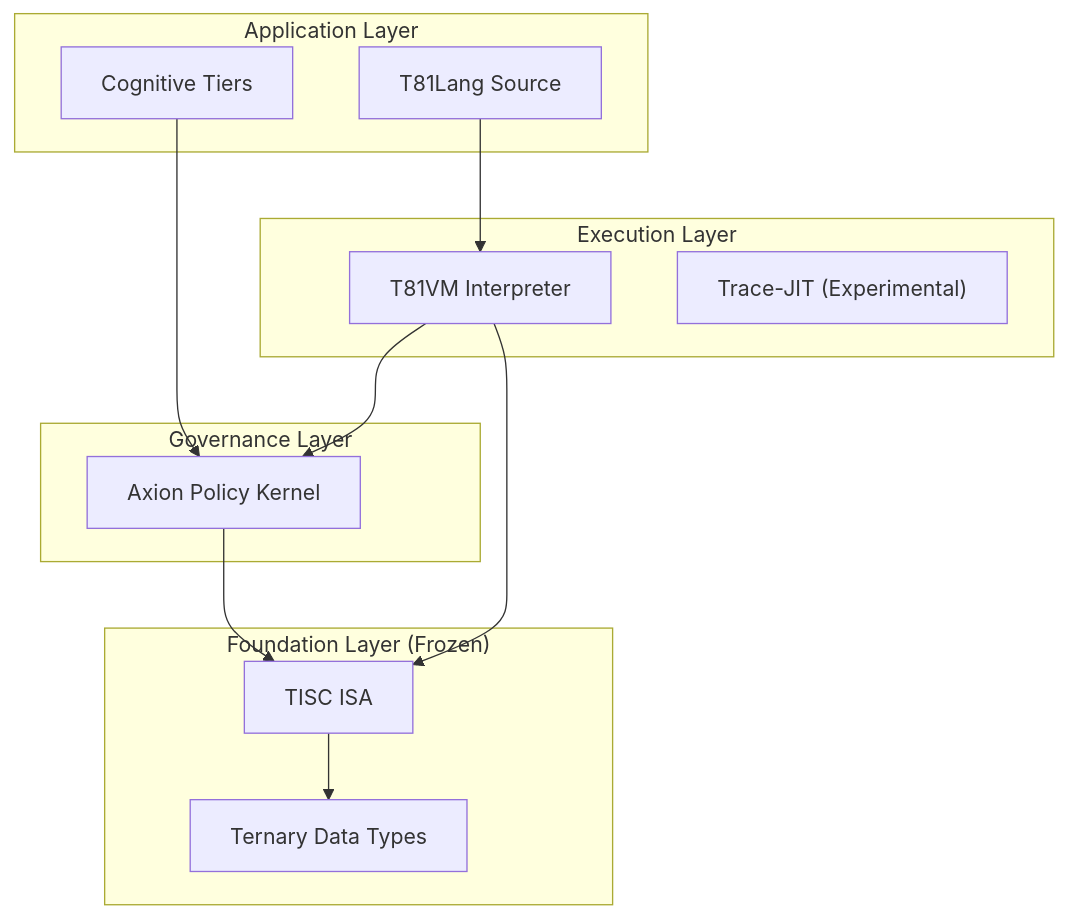
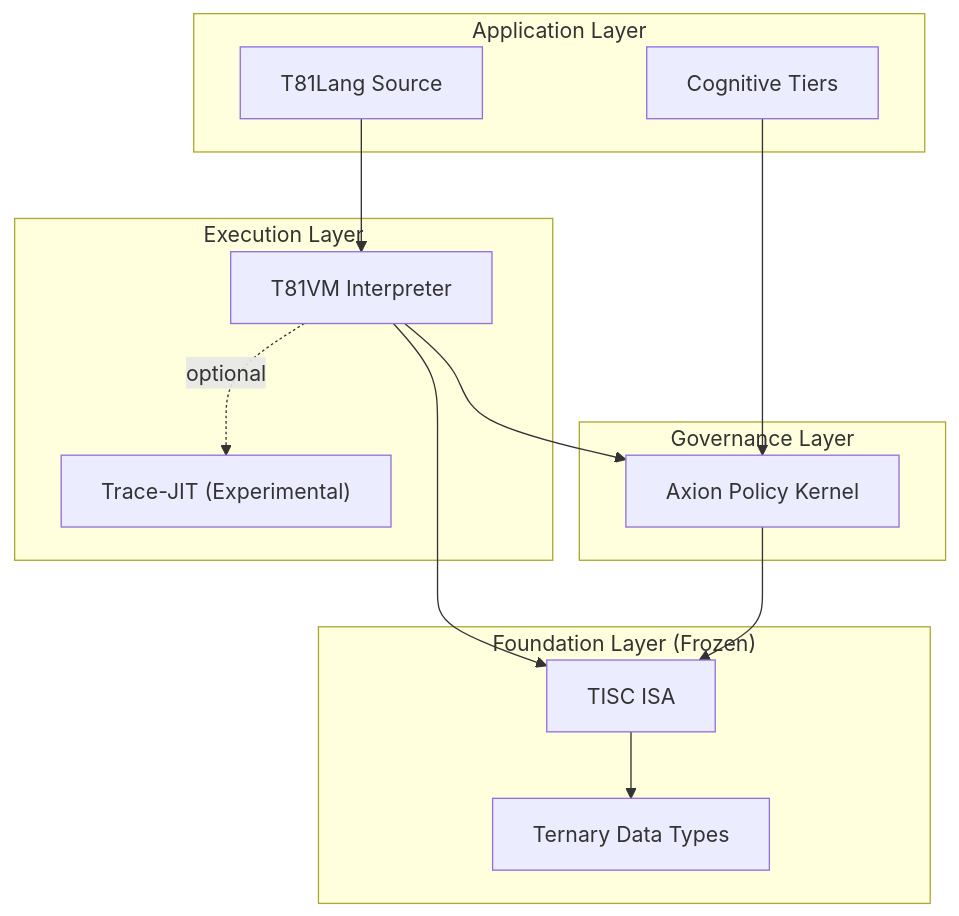
The diagram in README.md (ryansctt1994-sudo/t81-foundation), drawn with Mermaid before and after one commit.

````diff
--- a/README.md
+++ b/README.md
@@ -48,28 +48,47 @@
 ```mermaid
-graph TD
-    subgraph ApplicationLayer["`Application Layer`"]
-        Lang[T81Lang Source]
-        Cognitive[Cognitive Tiers]
+flowchart TD
+
+    %% ─────────────────────────────────────
+    %% Application Layer
+    %% ─────────────────────────────────────
+    subgraph A["Application Layer"]
+        Lang["T81Lang Source"]
+        Cognitive["Cognitive Tiers"]
     end
 
-    subgraph GovernanceLayer["`Governance Layer`"]
-        Axion[Axion Policy Kernel]
+    %% ─────────────────────────────────────
+    %% Governance Layer
+    %% ─────────────────────────────────────
+    subgraph G["Governance Layer"]
+        Axion["Axion Policy Kernel"]
     end
 
-    subgraph ExecutionLayer["`Execution Layer`"]
-        VM[T81VM Interpreter]
-        JIT["`Trace-JIT (Experimental)`"]
+    %% ─────────────────────────────────────
+    %% Execution Layer
+    %% ─────────────────────────────────────
+    subgraph E["Execution Layer"]
+        VM["T81VM Interpreter"]
+        JIT["Trace-JIT (Experimental)"]
     end
 
-    subgraph FoundationLayer["`Foundation Layer (Frozen)`"]
-        ISA[TISC ISA]
-        Types[Ternary Data Types]
+    %% ─────────────────────────────────────
+    %% Foundation Layer
+    %% ─────────────────────────────────────
+    subgraph F["Foundation Layer (Frozen)"]
+        ISA["TISC ISA"]
+        Types["Ternary Data Types"]
     end
 
+    %% Primary execution flow
     Lang --> VM
-    Cognitive --> Axion
-    VM --> Axion
-    Axion --> ISA
     VM --> ISA
     ISA --> Types
+
+    %% Governance enforcement
+    VM --> Axion
+    Cognitive --> Axion
+    Axion --> ISA
+
+    %% Experimental path
+    VM -. optional .-> JIT
 ```
````
